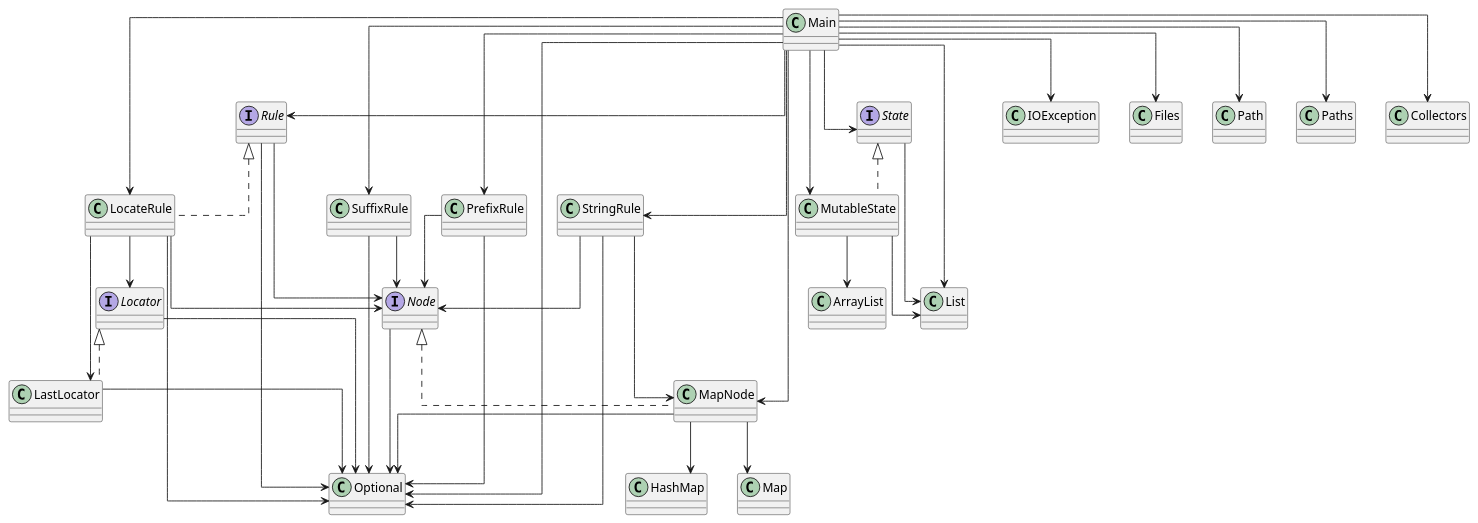
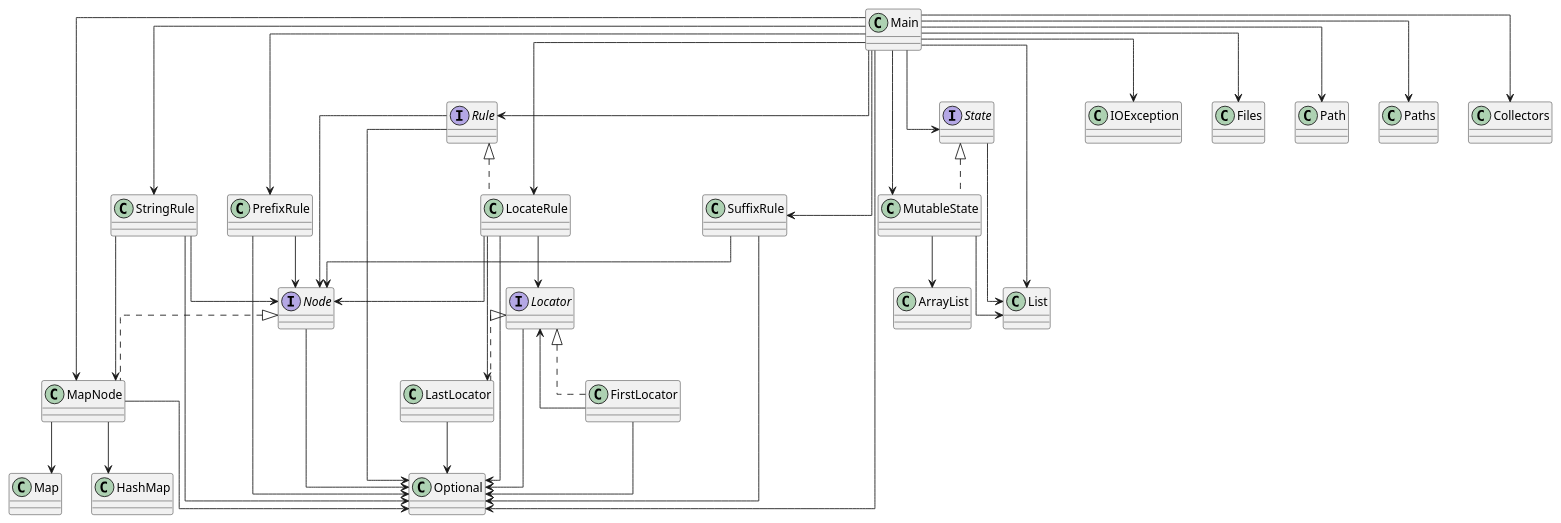
One commit to SirMathhman/Magma changed the diagram in diagram.puml. Above: the diagram before and after it, drawn with PlantUML. The commit also changed 3 other files, not shown here.

```diff
--- a/diagram.puml
+++ b/diagram.puml
@@ -1,49 +1,52 @@
 @startuml
 skinparam linetype ortho
+Node --> Optional
+interface Node
+Rule --> Node
+Rule --> Optional
+interface Rule
+StringRule --> MapNode
+StringRule --> Node
+StringRule --> Optional
+Locator --> Optional
+interface Locator
+PrefixRule --> Node
+PrefixRule --> Optional
+FirstLocator --> Locator
+FirstLocator --> Optional
+class FirstLocator implements Locator
 LocateRule --> LastLocator
 LocateRule --> Locator
 LocateRule --> Node
 LocateRule --> Optional
 class LocateRule implements Rule
 MutableState --> ArrayList
 MutableState --> List
 class MutableState implements State
-Node --> Optional
-interface Node
-Rule --> Node
-Rule --> Optional
-interface Rule
 Main --> LocateRule
 Main --> MutableState
 Main --> PrefixRule
 Main --> Rule
 Main --> State
 Main --> StringRule
 Main --> SuffixRule
 Main --> MapNode
 Main --> IOException
 Main --> Files
 Main --> Path
 Main --> Paths
 Main --> List
 Main --> Optional
 Main --> Collectors
 class Main
 MapNode --> HashMap
 MapNode --> Map
 MapNode --> Optional
 class MapNode implements Node
-StringRule --> MapNode
-StringRule --> Node
-StringRule --> Optional
-Locator --> Optional
-interface Locator
-PrefixRule --> Node
-PrefixRule --> Optional
 SuffixRule --> Node
 SuffixRule --> Optional
 LastLocator --> Optional
 class LastLocator implements Locator
 State --> List
 interface State
 @enduml
```
